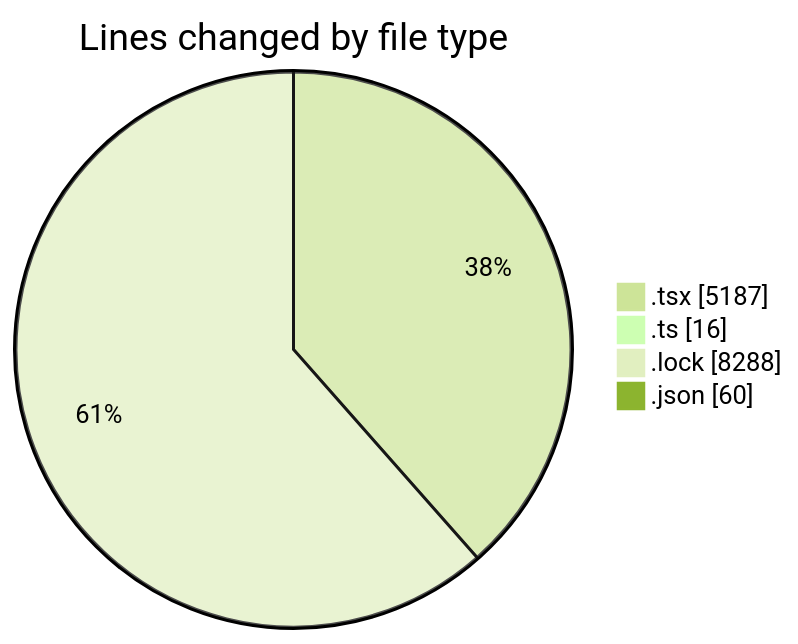
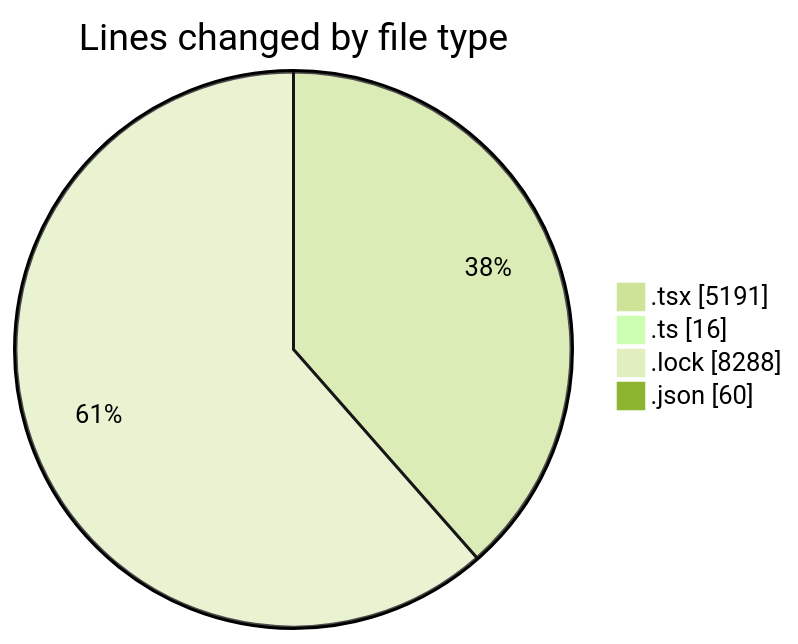
Before and after one commit to momahboobian/code-tracking: the first of 2 diagrams in 2025-11-07/cda/README.md, drawn with Mermaid (forest theme). The commit also changed other lines of this file and 1 other file, not shown here.

````diff
--- a/2025-11-07/cda/README.md
+++ b/2025-11-07/cda/README.md
@@ -27,8 +27,8 @@
 ```mermaid
 pie showData
 title Lines changed by file type
-".tsx" : 5187
+".tsx" : 5191
 ".ts" : 16
 ".lock" : 8288
 ".json" : 60
 ```
````
